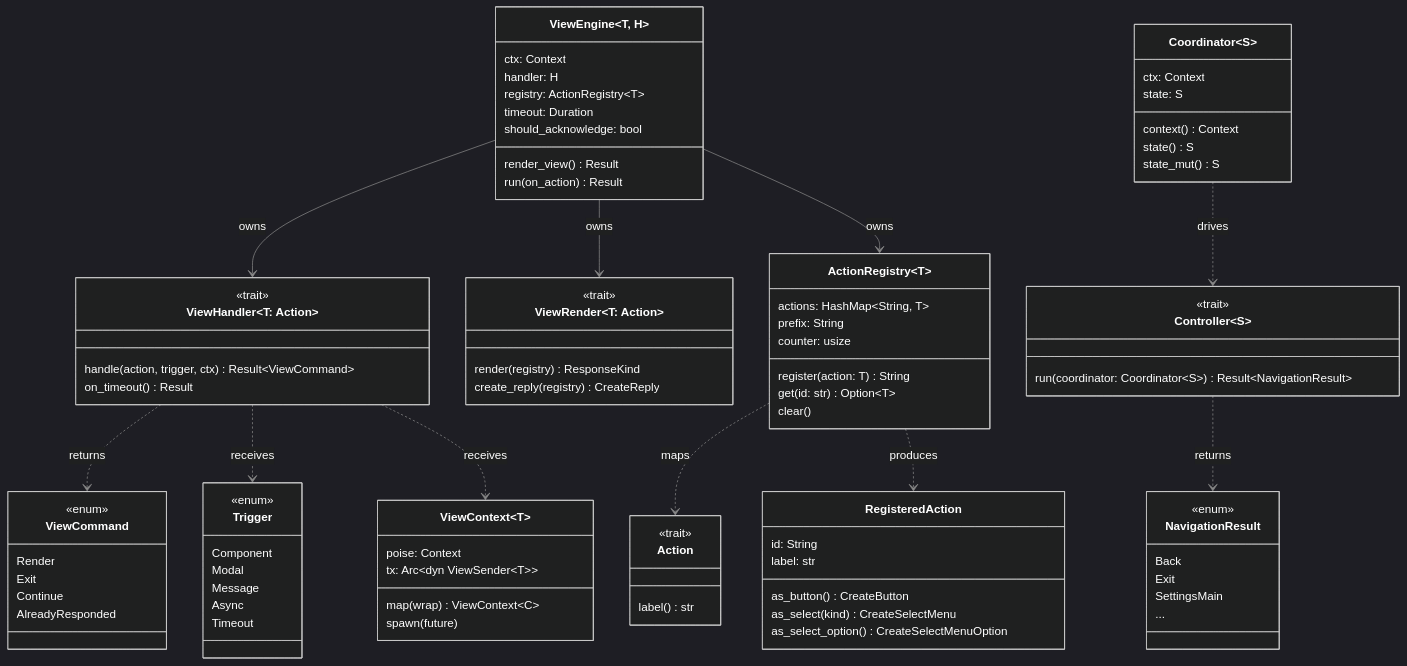
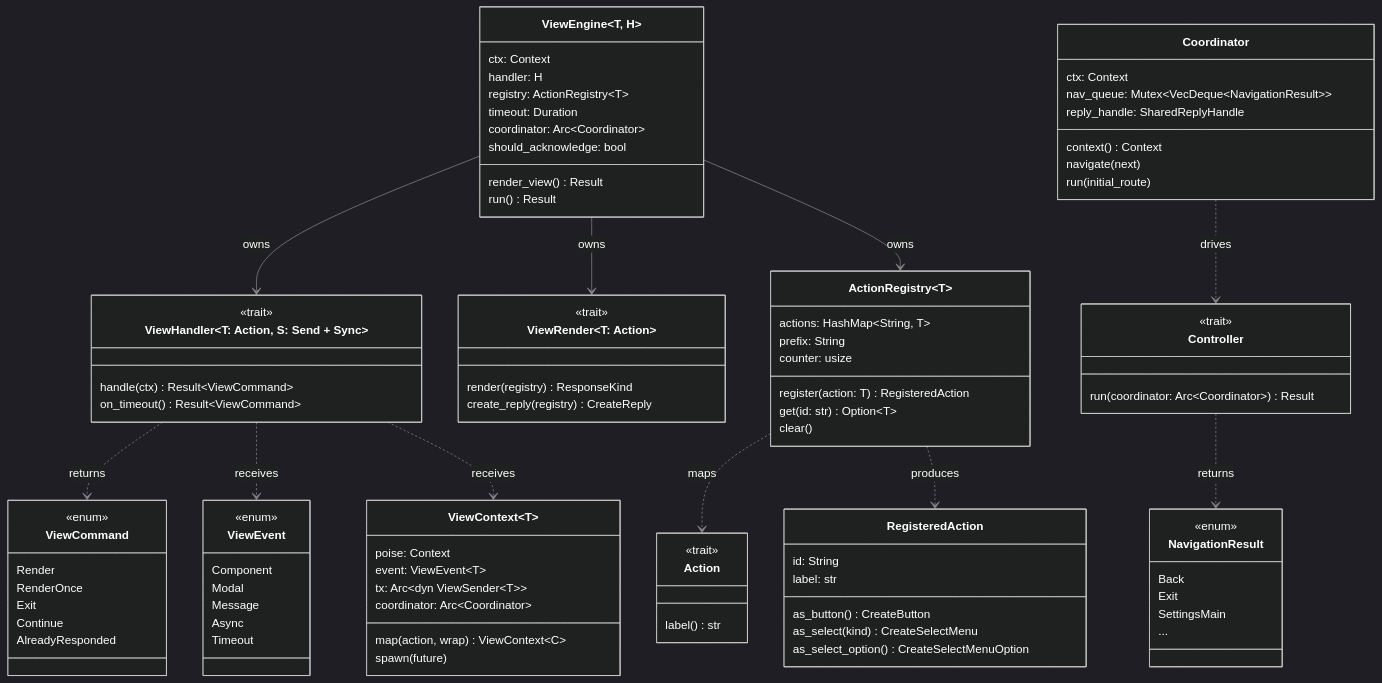
Before and after one commit to FAZuH/pwr-bot: the diagram in docs/diagrams/architecture-view-uml.mmd, drawn with Mermaid. The commit also changed 7 other files, not shown here.

```diff
--- a/docs/diagrams/architecture-view-uml.mmd
+++ b/docs/diagrams/architecture-view-uml.mmd
@@ -1,114 +1,119 @@
 %%{init: {
   'theme': 'dark',
   'themeVariables': {
     'primaryColor': '#1e1e1e',
     'primaryTextColor': '#ffffff',
     'primaryBorderColor': '#ffffff',
     'lineColor': '#888888',
     'secondaryColor': '#2d2d2d',
     'tertiaryColor': '#1e1e1e'
   }
 }}%%
 classDiagram
     %% ── Core structs ──────────────────────────────────────────────
     class ViewContext~T~ {
         poise: Context
+        event: ViewEvent~T~
         tx: Arc~dyn ViewSender~T~~
-        map(wrap) ViewContext~C~
+        coordinator: Arc~Coordinator~
+        map(action, wrap) ViewContext~C~
         spawn(future)
     }
 
     class ActionRegistry~T~ {
         actions: HashMap~String, T~
         prefix: String
         counter: usize
-        register(action: T) String
+        register(action: T) RegisteredAction
         get(id: str) Option~T~
         clear()
     }
 
     class ViewEngine~T, H~ {
         ctx: Context
         handler: H
         registry: ActionRegistry~T~
         timeout: Duration
+        coordinator: Arc~Coordinator~
         should_acknowledge: bool
         render_view() Result
-        run(on_action) Result
+        run() Result
     }
 
     class RegisteredAction {
         id: String
         label: str
         as_button() CreateButton
         as_select(kind) CreateSelectMenu
         as_select_option() CreateSelectMenuOption
     }
 
-    class Coordinator~S~ {
+    class Coordinator {
         ctx: Context
-        state: S
+        nav_queue: Mutex~VecDeque~NavigationResult~~
+        reply_handle: SharedReplyHandle
         context() Context
-        state() S
-        state_mut() S
+        navigate(next)
+        run(initial_route)
     }
 
     class NavigationResult {
         <<enum>>
         Back
         Exit
         SettingsMain
         ...
     }
 
     class ViewCommand {
         <<enum>>
         Render
+        RenderOnce
         Exit
         Continue
         AlreadyResponded
     }
 
-    class Trigger {
+    class ViewEvent {
         <<enum>>
         Component
         Modal
         Message
         Async
         Timeout
     }
 
     %% ── Traits ────────────────────────────────────────────────────
     class Action {
         <<trait>>
         label() str
     }
 
     class ViewRender~T: Action~ {
         <<trait>>
         render(registry) ResponseKind
         create_reply(registry) CreateReply
     }
 
-    class ViewHandler~T: Action~ {
+    class ViewHandler~T: Action, S: Send + Sync~ {
         <<trait>>
-        handle(action, trigger, ctx) Result~ViewCommand~
-        on_timeout() Result
+        handle(ctx) Result~ViewCommand~
+        on_timeout() Result~ViewCommand~
     }
 
-    class Controller~S~ {
+    class Controller {
         <<trait>>
-        run(coordinator: Coordinator~S~) Result~NavigationResult~
+        run(coordinator: Arc~Coordinator~) Result
     }
 
     %% ── Trait relationships ───────────────────────────────────────
     ViewEngine --> ViewHandler : owns
     ViewEngine --> ViewRender : owns
     ViewEngine --> ActionRegistry : owns
     ViewHandler ..> ViewCommand : returns
-    ViewHandler ..> Trigger : receives
+    ViewHandler ..> ViewEvent : receives
     ViewHandler ..> ViewContext : receives
     ActionRegistry ..> Action : maps
     ActionRegistry ..> RegisteredAction : produces
     Coordinator ..> Controller : drives
     Controller ..> NavigationResult : returns
```
